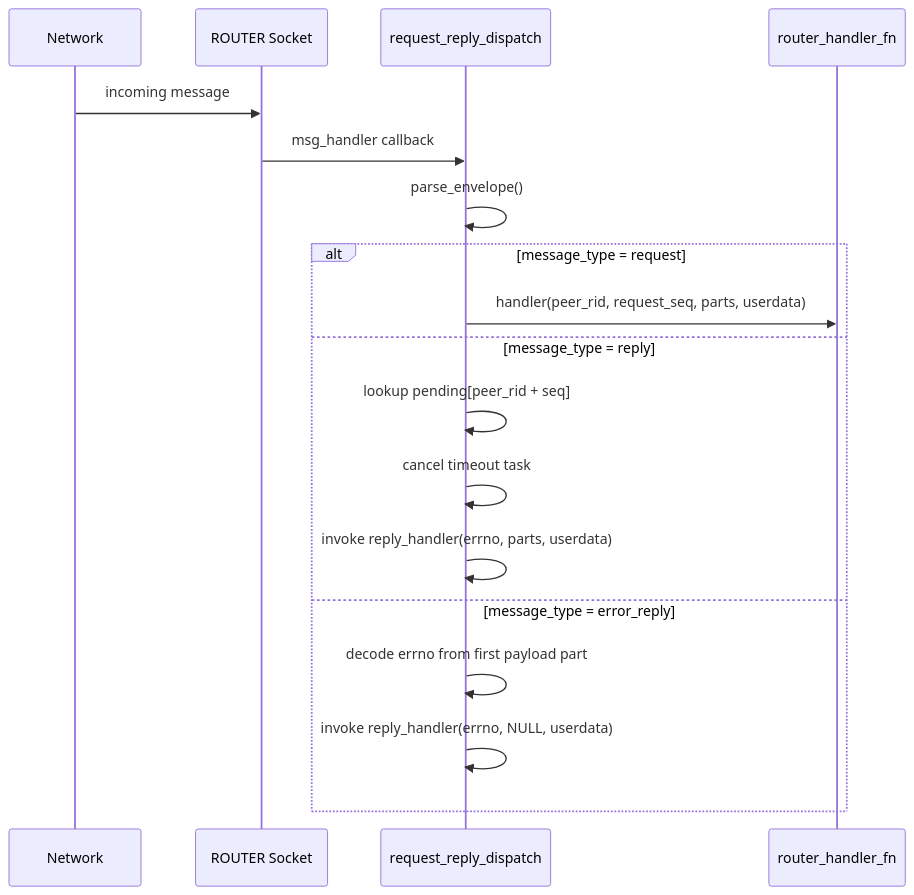
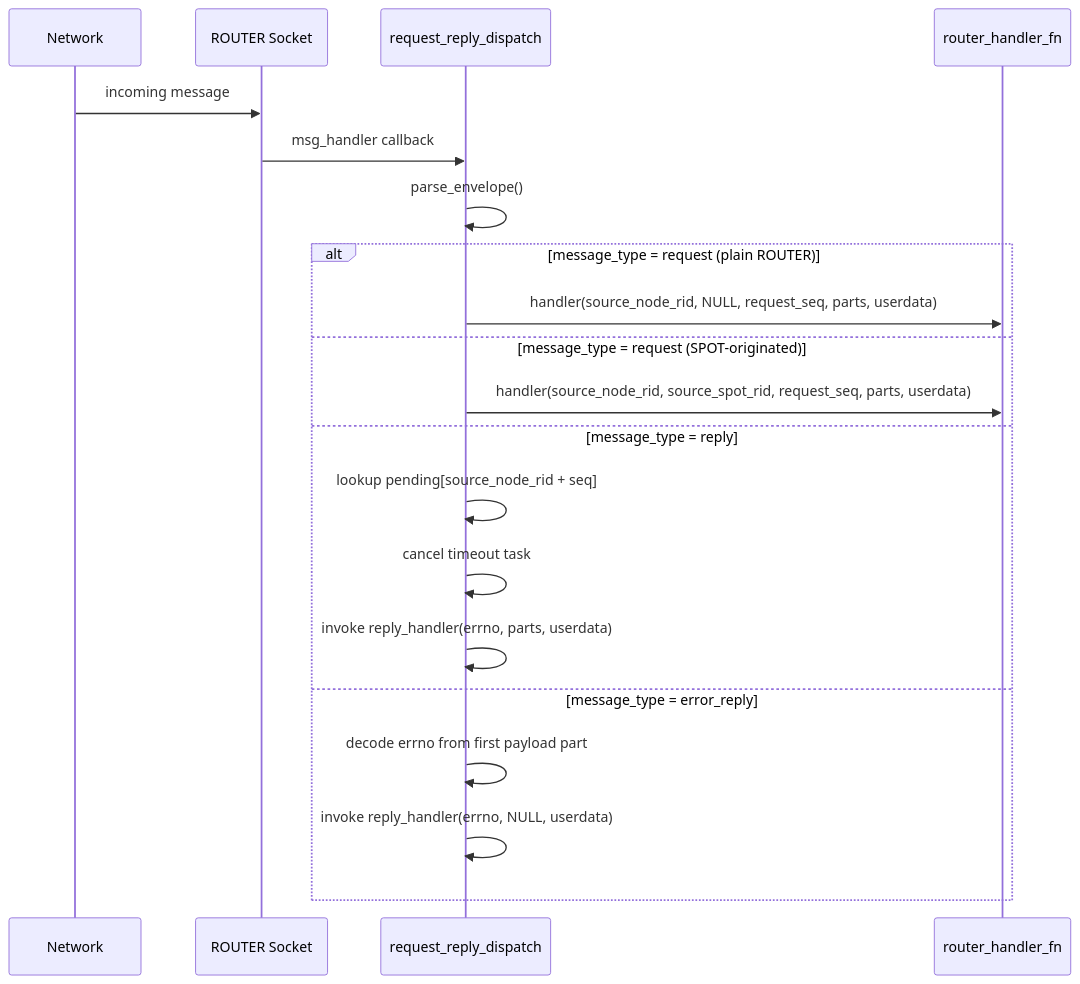
Before and after one commit to kairos-code-dev/zlink: the ninth of 14 diagrams in doc/internals/services-internals.md, drawn with Mermaid. The commit also changed other lines of this file and 624 other files, not shown here.

````diff
--- a/doc/internals/services-internals.md
+++ b/doc/internals/services-internals.md
@@ -508,21 +501,23 @@
 ```mermaid
 sequenceDiagram
     participant Net as Network
     participant Socket as ROUTER Socket
     participant Dispatch as request_reply_dispatch
     participant Handler as router_handler_fn
 
     Net->>Socket: incoming message
     Socket->>Dispatch: msg_handler callback
     Dispatch->>Dispatch: parse_envelope()
-    alt message_type = request
-        Dispatch->>Handler: handler(peer_rid, request_seq, parts, userdata)
+    alt message_type = request (plain ROUTER)
+        Dispatch->>Handler: handler(source_node_rid, NULL, request_seq, parts, userdata)
+    else message_type = request (SPOT-originated)
+        Dispatch->>Handler: handler(source_node_rid, source_spot_rid, request_seq, parts, userdata)
     else message_type = reply
-        Dispatch->>Dispatch: lookup pending[peer_rid + seq]
+        Dispatch->>Dispatch: lookup pending[source_node_rid + seq]
         Dispatch->>Dispatch: cancel timeout task
         Dispatch->>Dispatch: invoke reply_handler(errno, parts, userdata)
     else message_type = error_reply
         Dispatch->>Dispatch: decode errno from first payload part
         Dispatch->>Dispatch: invoke reply_handler(errno, NULL, userdata)
     end
 ```
````
